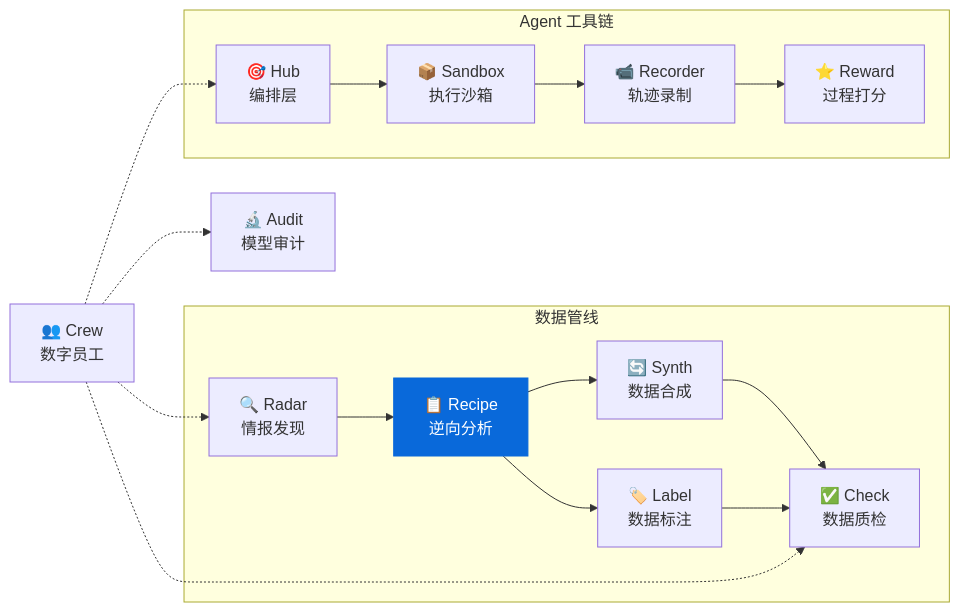
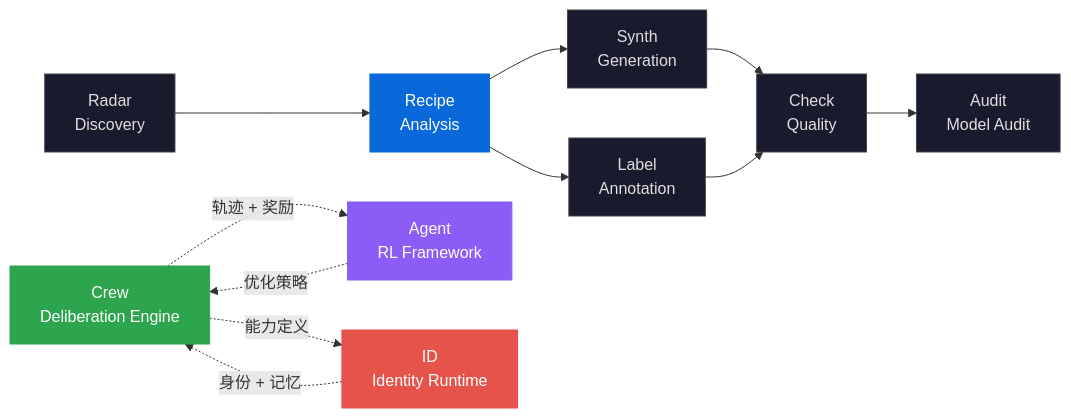
One commit to liuxiaotong/data-recipe changed the second of 2 diagrams in README.md. Above: the diagram before and after it, drawn with Mermaid. The commit also changed other lines of this file, not shown here.

````diff
--- a/README.md
+++ b/README.md
@@ -390,22 +305,26 @@
 ```mermaid
 graph LR
-    subgraph 数据管线
-        Radar["🔍 Radar<br/>情报发现"] --> Recipe["📋 Recipe<br/>逆向分析"]
-        Recipe --> Synth["🔄 Synth<br/>数据合成"]
-        Recipe --> Label["🏷️ Label<br/>数据标注"]
-        Synth --> Check["✅ Check<br/>数据质检"]
-        Label --> Check
-    end
-    Audit["🔬 Audit<br/>模型审计"]
-    subgraph Agent 工具链
-        Hub["🎯 Hub<br/>编排层"] --> Sandbox["📦 Sandbox<br/>执行沙箱"]
-        Sandbox --> Recorder["📹 Recorder<br/>轨迹录制"]
-        Recorder --> Reward["⭐ Reward<br/>过程打分"]
-    end
-    Crew["👥 Crew<br/>数字员工"]
-    Crew -.-> Radar
-    Crew -.-> Check
-    Crew -.-> Audit
-    Crew -.-> Hub
+    Radar["Radar<br/>Discovery"] --> Recipe["Recipe<br/>Analysis"]
+    Recipe --> Synth["Synth<br/>Generation"]
+    Recipe --> Label["Label<br/>Annotation"]
+    Synth --> Check["Check<br/>Quality"]
+    Label --> Check
+    Check --> Audit["Audit<br/>Model Audit"]
+    Crew["Crew<br/>Deliberation Engine"]
+    Agent["Agent<br/>RL Framework"]
+    ID["ID<br/>Identity Runtime"]
+    Crew -.->|能力定义| ID
+    ID -.->|身份 + 记忆| Crew
+    Crew -.->|轨迹 + 奖励| Agent
+    Agent -.->|优化策略| Crew
+
     style Recipe fill:#0969da,color:#fff,stroke:#0969da
+    style Crew fill:#2da44e,color:#fff,stroke:#2da44e
+    style Agent fill:#8b5cf6,color:#fff,stroke:#8b5cf6
+    style ID fill:#e5534b,color:#fff,stroke:#e5534b
+    style Radar fill:#1a1a2e,color:#e0e0e0,stroke:#444
+    style Synth fill:#1a1a2e,color:#e0e0e0,stroke:#444
+    style Label fill:#1a1a2e,color:#e0e0e0,stroke:#444
+    style Check fill:#1a1a2e,color:#e0e0e0,stroke:#444
+    style Audit fill:#1a1a2e,color:#e0e0e0,stroke:#444
 ```
````
